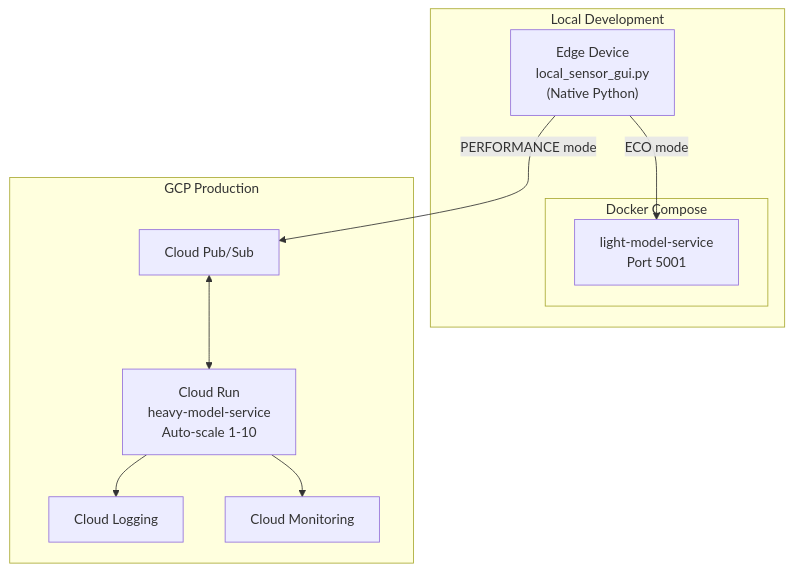
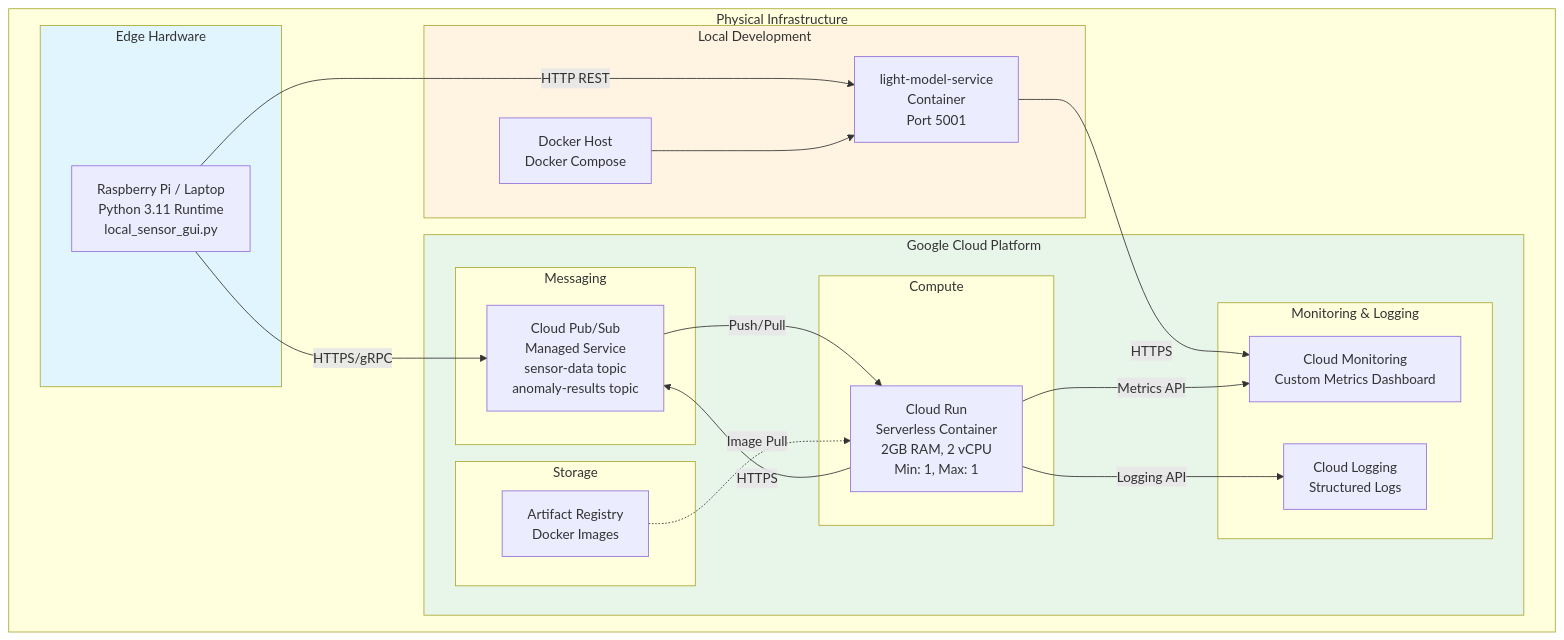
The second of 3 diagrams in README.md (Taki224/AI-Architecture-and-Cloud-Computing-Final-Project), drawn with Mermaid before and after one commit. The commit also changed other lines of this file and 4 other files, not shown here.

First line of the commit message:
Enhance documentation and architecture for Carbon-Aware IoT Anomaly Detection System

````diff
--- a/README.md
+++ b/README.md
@@ -249,23 +382,48 @@
 ```mermaid
 flowchart TB
-    subgraph Local["Local Development"]
-        EdgeApp["Edge Device<br/>local_sensor_gui.py<br/>(Native Python)"]
+    subgraph Physical[Physical Infrastructure]
+        subgraph EdgeHW[Edge Hardware]
+            EdgeDevice[Raspberry Pi / Laptop<br/>Python 3.11 Runtime<br/>local_sensor_gui.py]
+        end
         
-        subgraph Docker["Docker Compose"]
-            LightService["light-model-service<br/>Port 5001"]
+        subgraph LocalDev[Local Development]
+            DockerHost[Docker Host<br/>Docker Compose]
+            LightContainer[light-model-service<br/>Container<br/>Port 5001]
+        end
+        
+        subgraph GCPInfra[Google Cloud Platform]
+            subgraph Compute[Compute]
+                CloudRunNode[Cloud Run<br/>Serverless Container<br/>2GB RAM, 2 vCPU<br/>Min: 1, Max: 1]
+            end
+            
+            subgraph Messaging[Messaging]
+                PubSubService[Cloud Pub/Sub<br/>Managed Service<br/>sensor-data topic<br/>anomaly-results topic]
+            end
+            
+            subgraph Storage[Storage]
+                ArtifactReg[Artifact Registry<br/>Docker Images]
+            end
+            
+            subgraph Monitoring[Monitoring & Logging]
+                CloudMon[Cloud Monitoring<br/>Custom Metrics Dashboard]
+                CloudLog[Cloud Logging<br/>Structured Logs]
+            end
         end
     end
-
-    subgraph GCP["GCP Production"]
-        PubSub["Cloud Pub/Sub"]
-        CloudRun["Cloud Run<br/>heavy-model-service<br/>Auto-scale 1-10"]
-        Logging["Cloud Logging"]
-        Monitoring["Cloud Monitoring"]
-    end
-
-    EdgeApp -->|"ECO mode"| LightService
-    EdgeApp -->|"PERFORMANCE mode"| PubSub
-    PubSub <--> CloudRun
-    CloudRun --> Logging
-    CloudRun --> Monitoring
+    
+    EdgeDevice -->|HTTPS/gRPC| PubSubService
+    EdgeDevice -->|HTTP REST| LightContainer
+    DockerHost --> LightContainer
+    LightContainer -->|HTTPS| CloudMon
+    
+    PubSubService -->|Push/Pull| CloudRunNode
+    CloudRunNode -->|HTTPS| PubSubService
+    CloudRunNode -->|Metrics API| CloudMon
+    CloudRunNode -->|Logging API| CloudLog
+    
+    ArtifactReg -.->|Image Pull| CloudRunNode
+    
+    style EdgeHW fill:#e1f5ff
+    style LocalDev fill:#fff4e1
+    style GCPInfra fill:#e8f5e9
 ```
````
